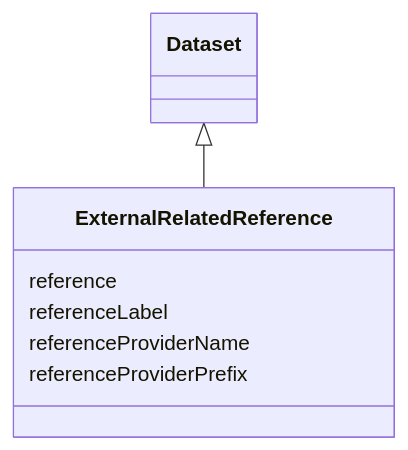
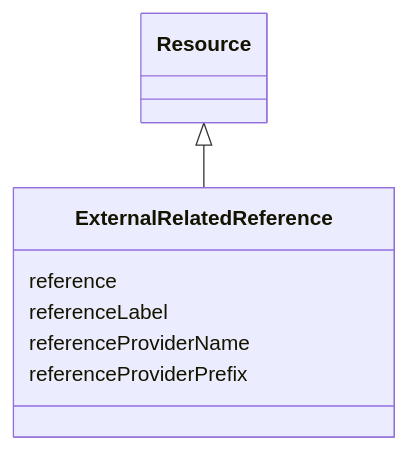
The diagram in models/docs/ExternalRelatedReference.md (EVORA-project/evora-ontology), drawn with Mermaid before and after one commit. The commit also changed other lines of this file and 166 other files, not shown here.

````diff
--- a/models/docs/ExternalRelatedReference.md
+++ b/models/docs/ExternalRelatedReference.md
@@ -19,17 +19,17 @@
 ```mermaid
  classDiagram
     class ExternalRelatedReference
     click ExternalRelatedReference href "../ExternalRelatedReference"
-      Dataset <|-- ExternalRelatedReference
-        click Dataset href "../Dataset"
+      Resource <|-- ExternalRelatedReference
+        click Resource href "../Resource"
       
       ExternalRelatedReference : reference
         
       ExternalRelatedReference : referenceLabel
         
       ExternalRelatedReference : referenceProviderName
         
       ExternalRelatedReference : referenceProviderPrefix
         
       
 ```
````
